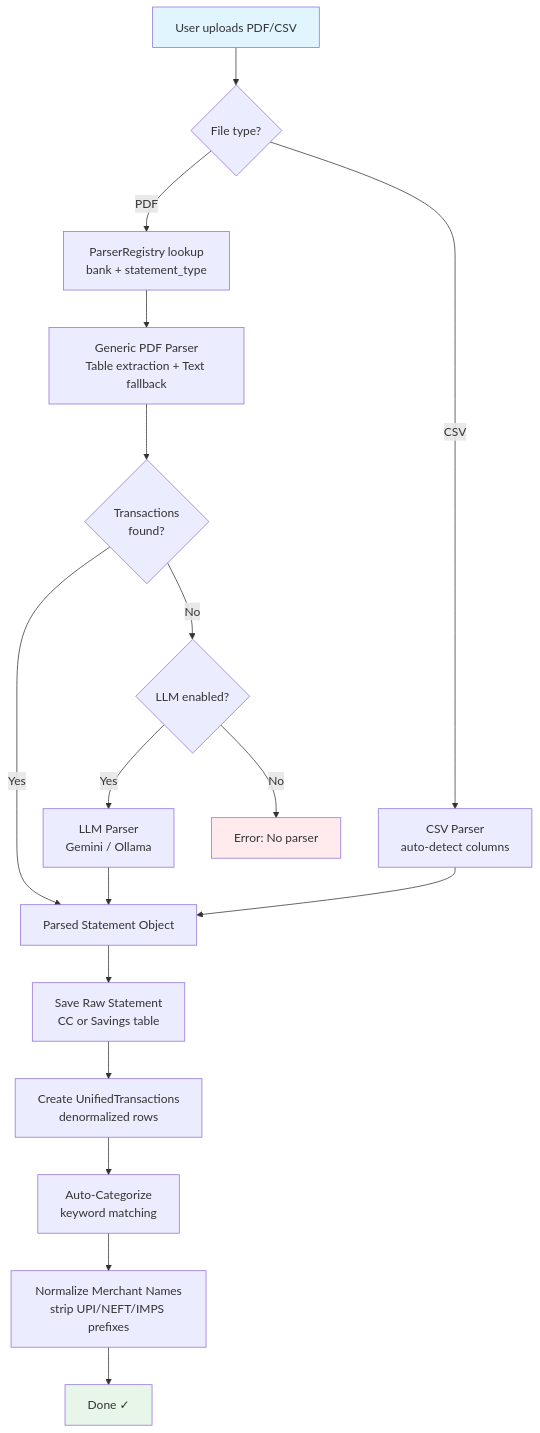
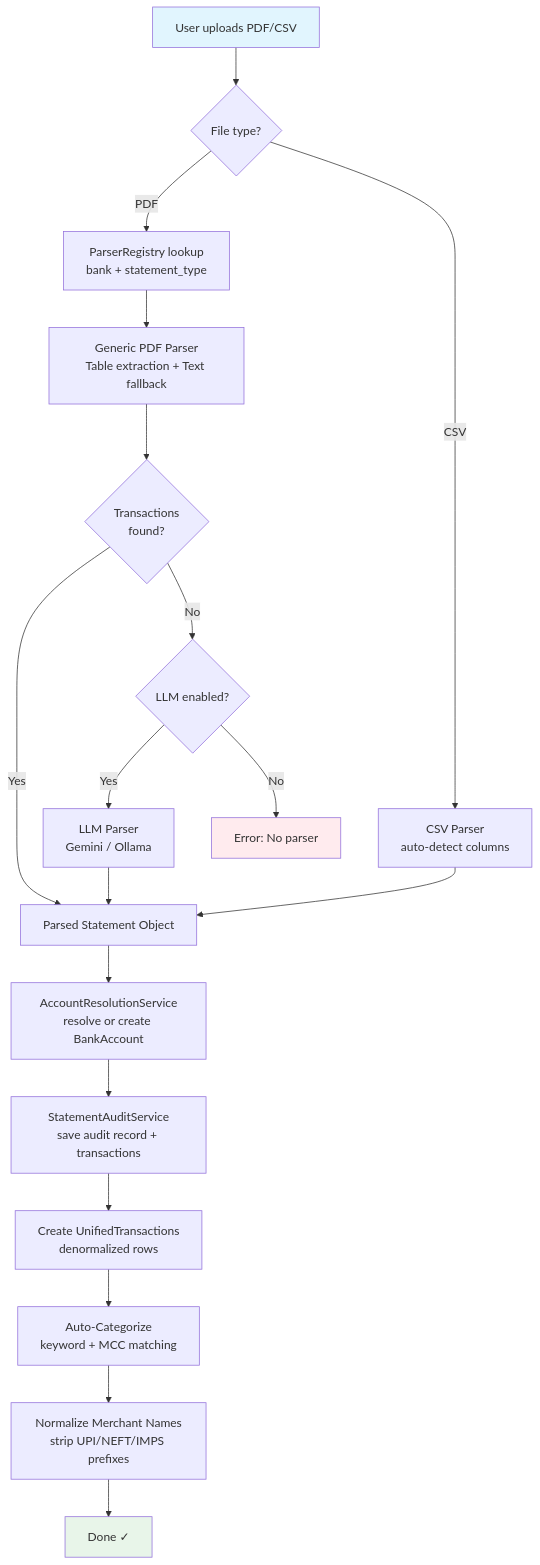
One commit to ghiridhars/finance-tracker-personal changed the fourth of 11 diagrams in docs/ARCHITECTURE.md. Above: the diagram before and after it, drawn with Mermaid. The commit also changed other lines of this file and 7 other files, not shown here.

````diff
--- a/docs/ARCHITECTURE.md
+++ b/docs/ARCHITECTURE.md
@@ -157,27 +164,28 @@
 ```mermaid
 flowchart TD
     A[User uploads PDF/CSV] --> B{File type?}
     B -->|PDF| C[ParserRegistry lookup<br/>bank + statement_type]
     B -->|CSV| D[CSV Parser<br/>auto-detect columns]
 
     C --> F[Generic PDF Parser<br/>Table extraction + Text fallback]
 
     F --> E{Transactions<br/>found?}
     E -->|Yes| J[Parsed Statement Object]
     E -->|No| G{LLM enabled?}
     G -->|Yes| H[LLM Parser<br/>Gemini / Ollama]
     G -->|No| I[Error: No parser]
 
     H --> J
     D --> J
 
-    J --> K[Save Raw Statement<br/>CC or Savings table]
-    K --> L[Create UnifiedTransactions<br/>denormalized rows]
-    L --> M[Auto-Categorize<br/>keyword matching]
-    M --> N[Normalize Merchant Names<br/>strip UPI/NEFT/IMPS prefixes]
-    N --> O[Done ✓]
+    J --> K[AccountResolutionService<br/>resolve or create BankAccount]
+    K --> L[StatementAuditService<br/>save audit record + transactions]
+    L --> M[Create UnifiedTransactions<br/>denormalized rows]
+    M --> N[Auto-Categorize<br/>keyword + MCC matching]
+    N --> O[Normalize Merchant Names<br/>strip UPI/NEFT/IMPS prefixes]
+    O --> P[Done ✓]
 
     style A fill:#e1f5fe
-    style O fill:#e8f5e9
+    style P fill:#e8f5e9
     style I fill:#ffebee
 ```
````
